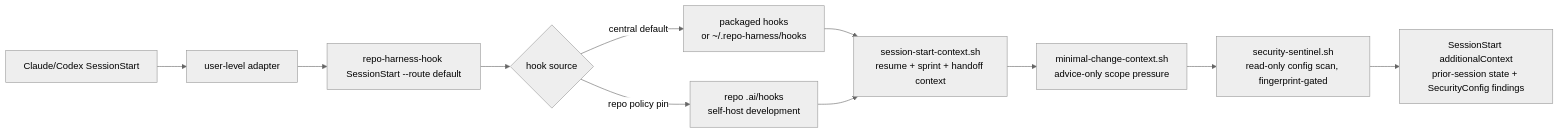
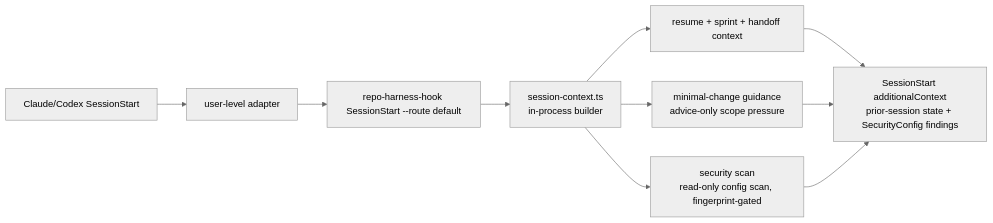
Before and after one commit to Ancienttwo/repo-harness: the second of 3 diagrams in README.md, drawn with Mermaid (neutral theme). The commit also changed other lines of this file and 36 other files, not shown here.

First line of the commit message:
feat(hook): consolidate SessionStart into the in-process session-context builder (HRD-04) (#98)

````diff
--- a/README.md
+++ b/README.md
@@ -579,13 +581,12 @@
 ```mermaid
 flowchart LR
   SessionStart["Claude/Codex SessionStart"] --> Adapter["user-level adapter"]
   Adapter --> Entry["repo-harness-hook SessionStart --route default"]
-  Entry --> Source{"hook source"}
-  Source -->|central default| Central["packaged hooks<br/>or ~/.repo-harness/hooks"]
-  Source -->|repo policy pin| Repo["repo .ai/hooks<br/>self-host development"]
-  Central --> Ctx["session-start-context.sh<br/>resume + sprint + handoff context"]
-  Repo --> Ctx
-  Ctx --> Min["minimal-change-context.sh<br/>advice-only scope pressure"]
-  Min --> Sec["security-sentinel.sh<br/>read-only config scan, fingerprint-gated"]
-  Sec --> SSOut["SessionStart additionalContext<br/>prior-session state + SecurityConfig findings"]
+  Entry --> Ctx["session-context.ts<br/>in-process builder"]
+  Ctx --> Resume["resume + sprint + handoff context"]
+  Ctx --> Min["minimal-change guidance<br/>advice-only scope pressure"]
+  Ctx --> Sec["security scan<br/>read-only config scan, fingerprint-gated"]
+  Resume --> SSOut["SessionStart additionalContext<br/>prior-session state + SecurityConfig findings"]
+  Min --> SSOut
+  Sec --> SSOut
 ```
````
